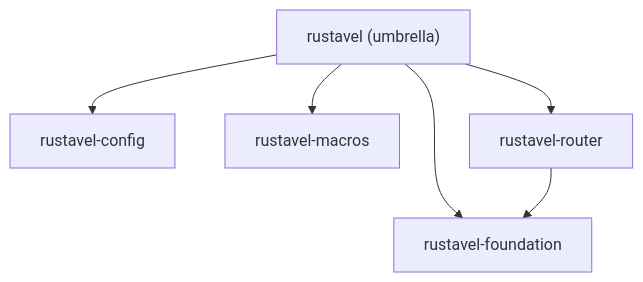
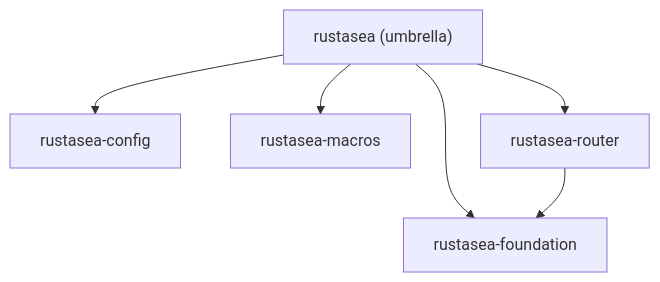
The diagram in .agents/documents/application/blueprint-audit.md (rustasea/rustasea), drawn with Mermaid before and after one commit. The commit also changed other lines of this file and 405 other files, not shown here.

````diff
--- a/.agents/documents/application/blueprint-audit.md
+++ b/.agents/documents/application/blueprint-audit.md
@@ -251,10 +251,10 @@
 ```mermaid
 flowchart TB
-  UMBRELLA["rustavel (umbrella)"]
-  UMBRELLA --> FND["rustavel-foundation"]
-  UMBRELLA --> CFG["rustavel-config"]
-  UMBRELLA --> MAC["rustavel-macros"]
-  UMBRELLA --> RTR["rustavel-router"]
+  UMBRELLA["rustasea (umbrella)"]
+  UMBRELLA --> FND["rustasea-foundation"]
+  UMBRELLA --> CFG["rustasea-config"]
+  UMBRELLA --> MAC["rustasea-macros"]
+  UMBRELLA --> RTR["rustasea-router"]
   RTR --> FND
   %% ... (one edge per crate, same as text DAG but Mermaid)
 ```
````
